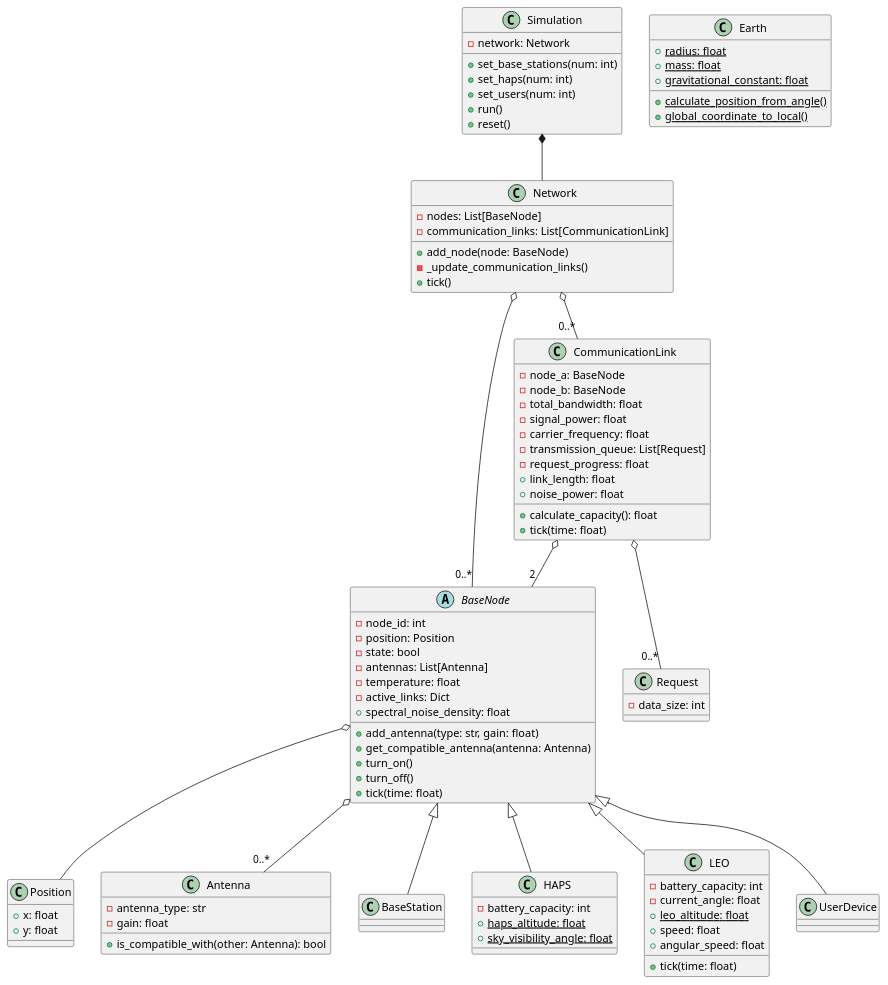
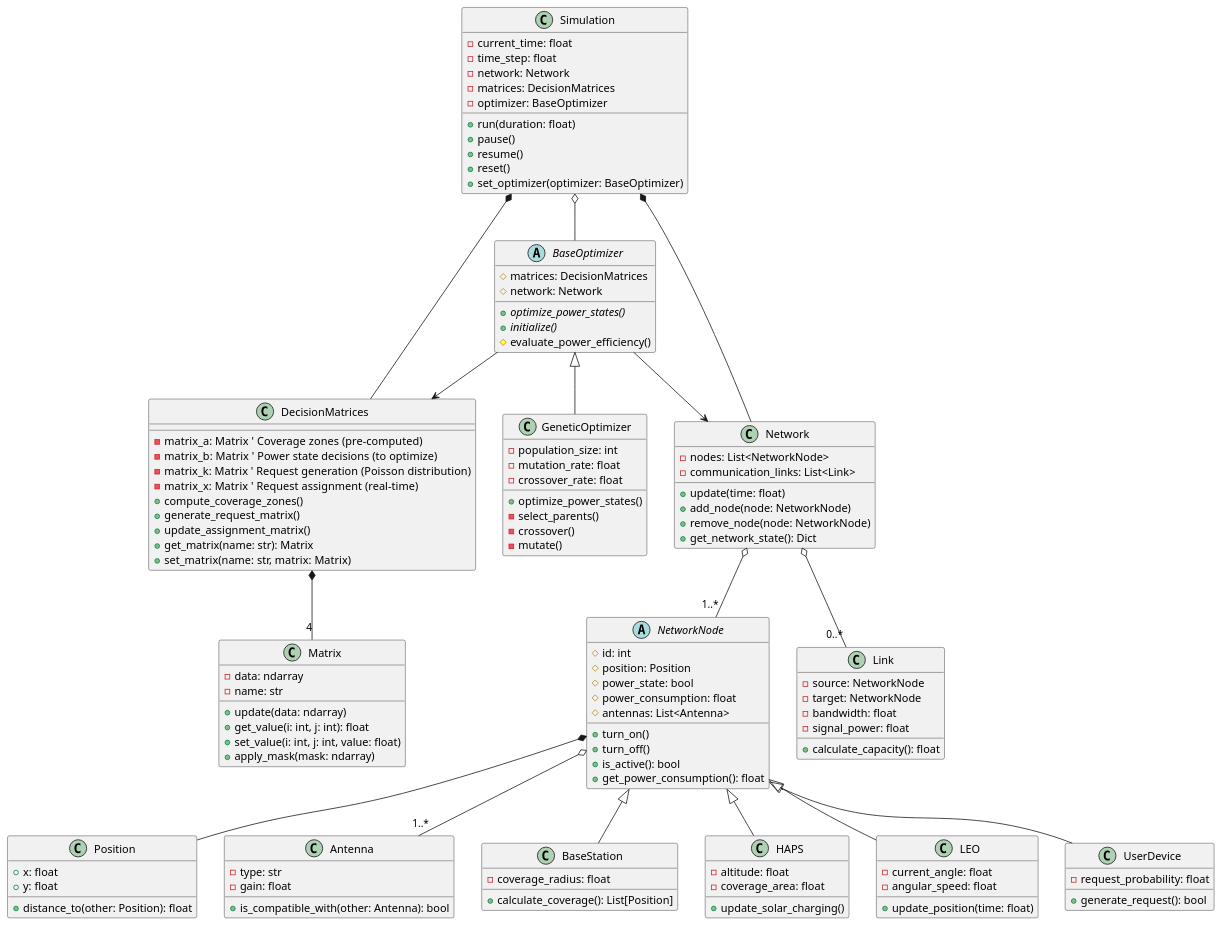
The diagram in doc/class_diagram.puml (SimonR99/OptimisationNTN), drawn with PlantUML before and after one commit. The commit also changed 11 other files, not shown here.

```diff
--- a/doc/class_diagram.puml
+++ b/doc/class_diagram.puml
@@ -1,115 +1,138 @@
 @startuml
 
-' Base classes and interfaces
-abstract class BaseNode {
-  - node_id: int
-  - position: Position
-  - state: bool
-  - antennas: List[Antenna]
-  - temperature: float
-  - active_links: Dict
-  + add_antenna(type: str, gain: float)
-  + get_compatible_antenna(antenna: Antenna)
-  + spectral_noise_density: float
+' Core Components
+class Simulation {
+  - current_time: float
+  - time_step: float
+  - network: Network
+  - matrices: DecisionMatrices
+  - optimizer: BaseOptimizer
+  + run(duration: float)
+  + pause()
+  + resume()
+  + reset()
+  + set_optimizer(optimizer: BaseOptimizer)
+}
+
+class DecisionMatrices {
+  - matrix_a: Matrix  ' Coverage zones (pre-computed)
+  - matrix_b: Matrix  ' Power state decisions (to optimize)
+  - matrix_k: Matrix  ' Request generation (Poisson distribution)
+  - matrix_x: Matrix  ' Request assignment (real-time)
+  + compute_coverage_zones()
+  + generate_request_matrix()
+  + update_assignment_matrix()
+  + get_matrix(name: str): Matrix
+  + set_matrix(name: str, matrix: Matrix)
+}
+
+abstract class BaseOptimizer {
+  # matrices: DecisionMatrices
+  # network: Network
+  + {abstract} optimize_power_states()
+  + {abstract} initialize()
+  # evaluate_power_efficiency()
+}
+
+class GeneticOptimizer extends BaseOptimizer {
+  - population_size: int
+  - mutation_rate: float
+  - crossover_rate: float
+  + optimize_power_states()
+  - select_parents()
+  - crossover()
+  - mutate()
+}
+
+class Matrix {
+  - data: ndarray
+  - name: str
+  + update(data: ndarray)
+  + get_value(i: int, j: int): float
+  + set_value(i: int, j: int, value: float)
+  + apply_mask(mask: ndarray)
+}
+
+class Network {
+  - nodes: List<NetworkNode>
+  - communication_links: List<Link>
+  + update(time: float)
+  + add_node(node: NetworkNode)
+  + remove_node(node: NetworkNode)
+  + get_network_state(): Dict
+}
+
+' Network Components
+abstract class NetworkNode {
+  # id: int
+  # position: Position
+  # power_state: bool
+  # power_consumption: float
+  # antennas: List<Antenna>
   + turn_on()
   + turn_off()
-  + tick(time: float)
+  + is_active(): bool
+  + get_power_consumption(): float
 }
 
 class Position {
   + x: float
   + y: float
+  + distance_to(other: Position): float
 }
 
 class Antenna {
-  - antenna_type: str
+  - type: str
   - gain: float
   + is_compatible_with(other: Antenna): bool
 }
 
-' Network nodes
-class BaseStation {
+' Network Nodes
+class BaseStation extends NetworkNode {
+  - coverage_radius: float
+  + calculate_coverage(): List[Position]
 }
 
-class HAPS {
-  - battery_capacity: int
-  + {static} haps_altitude: float
-  + {static} sky_visibility_angle: float
+class HAPS extends NetworkNode {
+  - altitude: float
+  - coverage_area: float
+  + update_solar_charging()
 }
 
-class LEO {
-  - battery_capacity: int
+class LEO extends NetworkNode {
   - current_angle: float
-  + {static} leo_altitude: float
-  + speed: float
-  + angular_speed: float
-  + tick(time: float)
+  - angular_speed: float
+  + update_position(time: float)
 }
 
-class UserDevice {
+class UserDevice extends NetworkNode {
+  - request_probability: float
+  + generate_request(): bool
 }
 
-' Network and Communication
-class Network {
-  - nodes: List[BaseNode]
-  - communication_links: List[CommunicationLink]
-  + add_node(node: BaseNode)
-  - _update_communication_links()
-  + tick()
-}
-
-class CommunicationLink {
-  - node_a: BaseNode
-  - node_b: BaseNode
-  - total_bandwidth: float
+' Communication
+class Link {
+  - source: NetworkNode
+  - target: NetworkNode
+  - bandwidth: float
   - signal_power: float
-  - carrier_frequency: float
-  - transmission_queue: List[Request]
-  - request_progress: float
-  + link_length: float
-  + noise_power: float
   + calculate_capacity(): float
-  + tick(time: float)
-}
-
-class Request {
-  - data_size: int
-}
-
-' Simulation
-class Simulation {
-  - network: Network
-  + set_base_stations(num: int)
-  + set_haps(num: int)
-  + set_users(num: int)
-  + run()
-  + reset()
-}
-
-' Earth utilities
-class Earth {
-  + {static} radius: float
-  + {static} mass: float
-  + {static} gravitational_constant: float
-  + {static} calculate_position_from_angle()
-  + {static} global_coordinate_to_local()
 }
 
 ' Relationships
-BaseNode <|-- BaseStation
-BaseNode <|-- HAPS
-BaseNode <|-- LEO
-BaseNode <|-- UserDevice
+Simulation *-- Network
+Simulation *-- DecisionMatrices
+Simulation o-- BaseOptimizer
 
-BaseNode o-- Position
-BaseNode o-- "0..*" Antenna
+DecisionMatrices *-- "4" Matrix
 
-Network o-- "0..*" BaseNode
-Network o-- "0..*" CommunicationLink
+BaseOptimizer --> DecisionMatrices
+BaseOptimizer --> Network
 
-CommunicationLink o-- "2" BaseNode
-CommunicationLink o-- "0..*" Request
+Network o-- "1..*" NetworkNode
+Network o-- "0..*" Link
 
-Simulation *-- Network
+NetworkNode *-- Position
+NetworkNode o-- "1..*" Antenna
 
 @enduml
```
